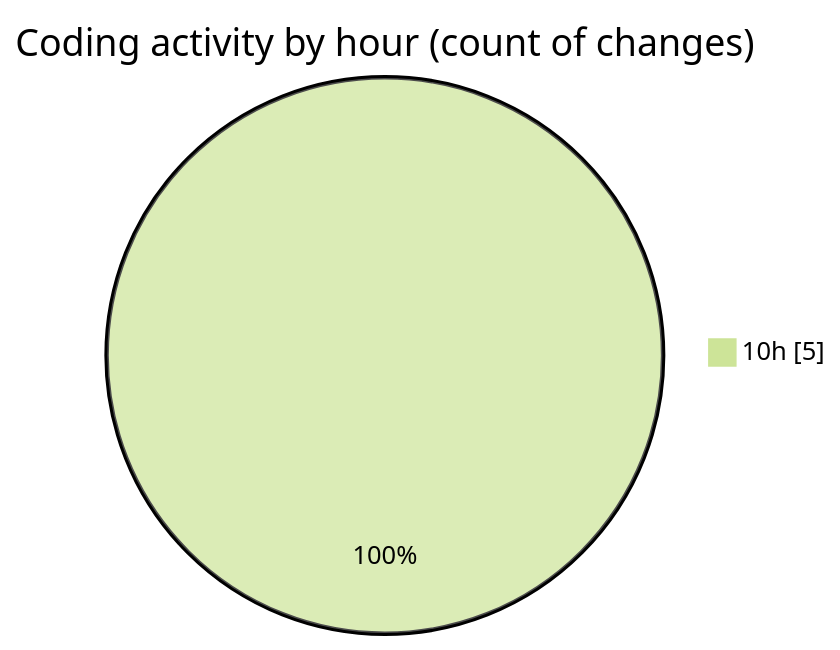
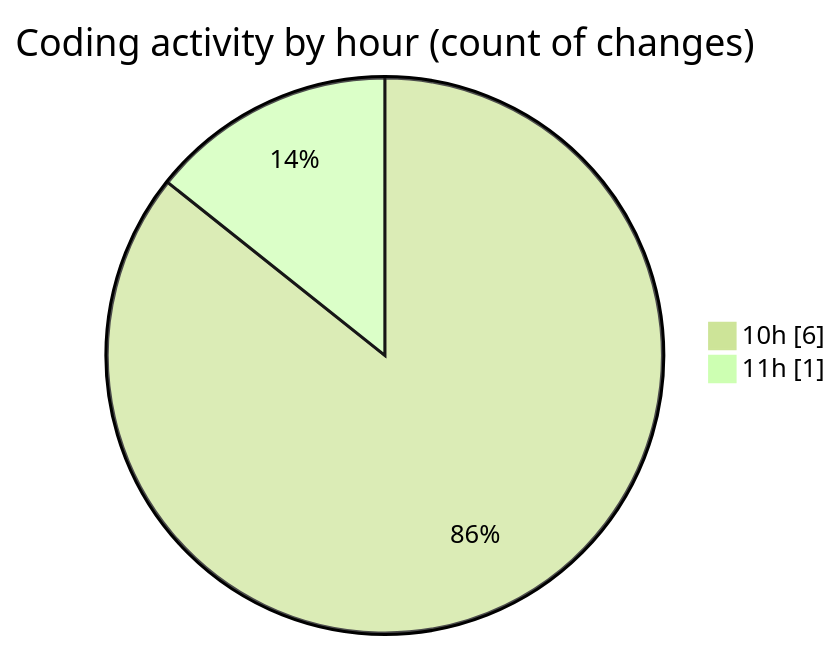
One commit to nxtqubesakshisongat/code-tracking changed the second of 2 diagrams in 2025-05-05/nxtqube_webapp/README.md. Above: the diagram before and after it, drawn with Mermaid (forest theme). The commit also changed other lines of this file and 1 other file, not shown here.

````diff
--- a/2025-05-05/nxtqube_webapp/README.md
+++ b/2025-05-05/nxtqube_webapp/README.md
@@ -28,5 +28,6 @@
 ```mermaid
 pie showData
 title Coding activity by hour (count of changes)
-"10h" : 5
+"10h" : 6
+"11h" : 1
 ```
````
